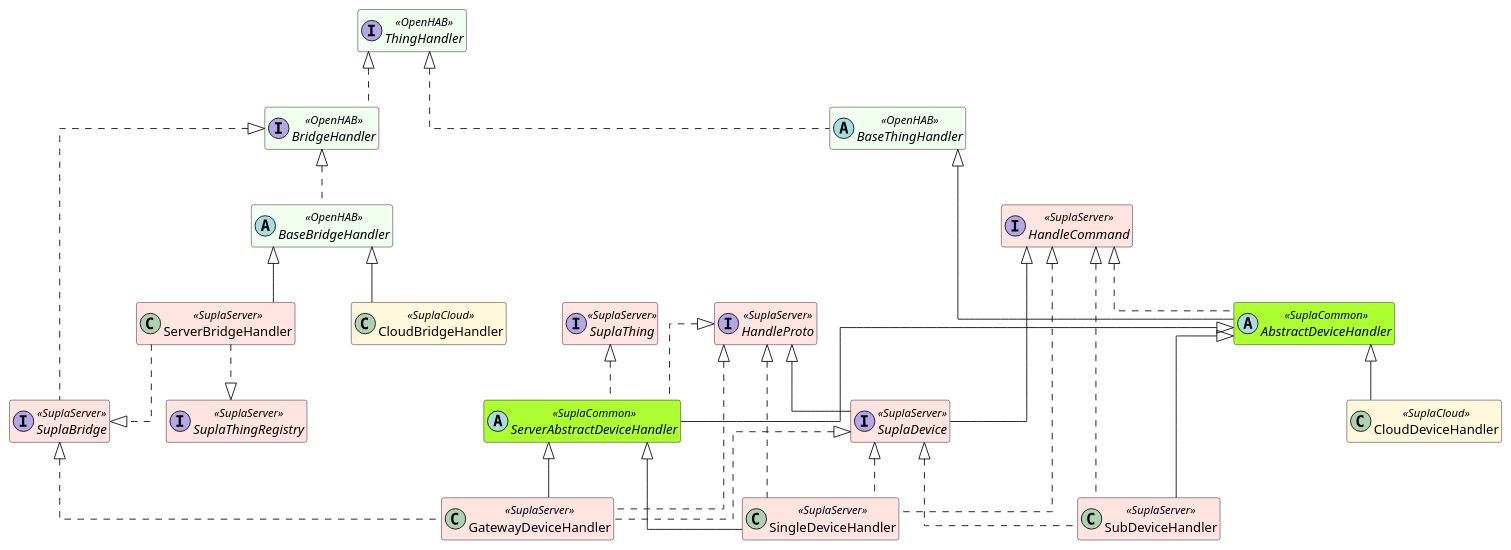
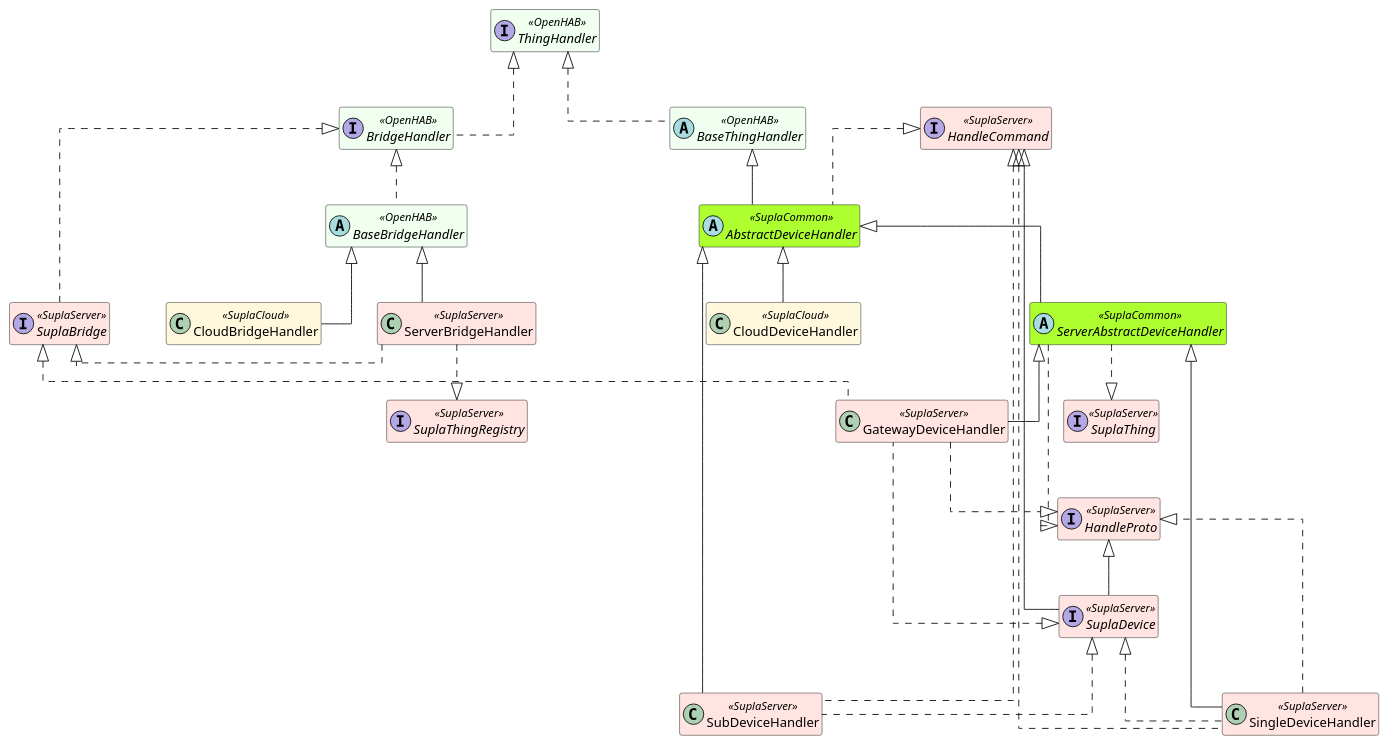
The diagram in puml/handler-inheritance.puml (magx2/openhab-supla), drawn with PlantUML before and after one commit.

Commit message:
Adjust arrows

```diff
--- a/puml/handler-inheritance.puml
+++ b/puml/handler-inheritance.puml
@@ -1,76 +1,76 @@
 @startuml
 skinparam classAttributeIconSize 0
 skinparam linetype ortho
 skinparam nodesep 60
 skinparam ranksep 60
 hide empty members
 
 ' Keep the most-shared abstractions visually at the top
 top to bottom direction
 
 skinparam class {
 BackgroundColor<<OpenHAB>> HoneyDew
 BackgroundColor<<SuplaCloud>> Cornsilk
 BackgroundColor<<SuplaServer>> MistyRose
 BackgroundColor<<SuplaCommon>> GreenYellow
 }
 
 ' Anchor heavily used OpenHAB and Supla abstractions on the top rank
 interface ThingHandler <<OpenHAB>>
 interface BridgeHandler <<OpenHAB>>
 abstract class BaseThingHandler <<OpenHAB>>
 abstract class BaseBridgeHandler <<OpenHAB>>
 
 abstract class AbstractDeviceHandler <<SuplaCommon>>
 abstract class ServerAbstractDeviceHandler <<SuplaCommon>>
 
 interface HandleCommand <<SuplaServer>>
 interface HandleProto <<SuplaServer>>
 interface SuplaDevice <<SuplaServer>>
 interface SuplaThing <<SuplaServer>>
 interface SuplaThingRegistry <<SuplaServer>>
 interface SuplaBridge <<SuplaServer>>
 
 class GatewayDeviceHandler <<SuplaServer>>
 class SingleDeviceHandler <<SuplaServer>>
 class SubDeviceHandler <<SuplaServer>>
 class ServerBridgeHandler <<SuplaServer>>
 
 class CloudBridgeHandler <<SuplaCloud>>
 class CloudDeviceHandler <<SuplaCloud>>
 
 ' OpenHAB core relationships
 ThingHandler <|.. BaseThingHandler
 ThingHandler <|.. BridgeHandler
 BridgeHandler <|.. BaseBridgeHandler
 
 ' Device handler relationships
-BaseThingHandler <|-down- AbstractDeviceHandler
+BaseThingHandler <|-- AbstractDeviceHandler
 AbstractDeviceHandler <|-down- ServerAbstractDeviceHandler
-AbstractDeviceHandler <|-down- SubDeviceHandler
-AbstractDeviceHandler <|-down- CloudDeviceHandler
-ServerAbstractDeviceHandler <|-down- GatewayDeviceHandler
-ServerAbstractDeviceHandler <|-down- SingleDeviceHandler
+AbstractDeviceHandler <|-- SubDeviceHandler
+AbstractDeviceHandler <|-- CloudDeviceHandler
+ServerAbstractDeviceHandler <|-- GatewayDeviceHandler
+ServerAbstractDeviceHandler <|-- SingleDeviceHandler
 
 ' Supla trait implementations (device side)
 HandleCommand <|.. AbstractDeviceHandler
 HandleCommand <|.. SubDeviceHandler
 HandleCommand <|.. SingleDeviceHandler
-HandleProto <|.. ServerAbstractDeviceHandler
-HandleProto <|.. SingleDeviceHandler
-HandleProto <|.. GatewayDeviceHandler
+HandleProto <|.up. ServerAbstractDeviceHandler
+HandleProto <|.up. SingleDeviceHandler
+HandleProto <|.up. GatewayDeviceHandler
 HandleCommand <|-- SuplaDevice
 HandleProto <|-- SuplaDevice
 SuplaDevice <|.. SubDeviceHandler
 SuplaDevice <|.. SingleDeviceHandler
 SuplaDevice <|.. GatewayDeviceHandler
-SuplaThing <|.. ServerAbstractDeviceHandler
+SuplaThing <|.up. ServerAbstractDeviceHandler
 
 ' Bridge handler relationships
 BaseBridgeHandler <|-down- CloudBridgeHandler
 BaseBridgeHandler <|-down- ServerBridgeHandler
 BridgeHandler <|.. SuplaBridge
 SuplaBridge <|.. GatewayDeviceHandler
-SuplaBridge <|.up. ServerBridgeHandler
+SuplaBridge <|.right. ServerBridgeHandler
 SuplaThingRegistry <|.up. ServerBridgeHandler
 @enduml
```
